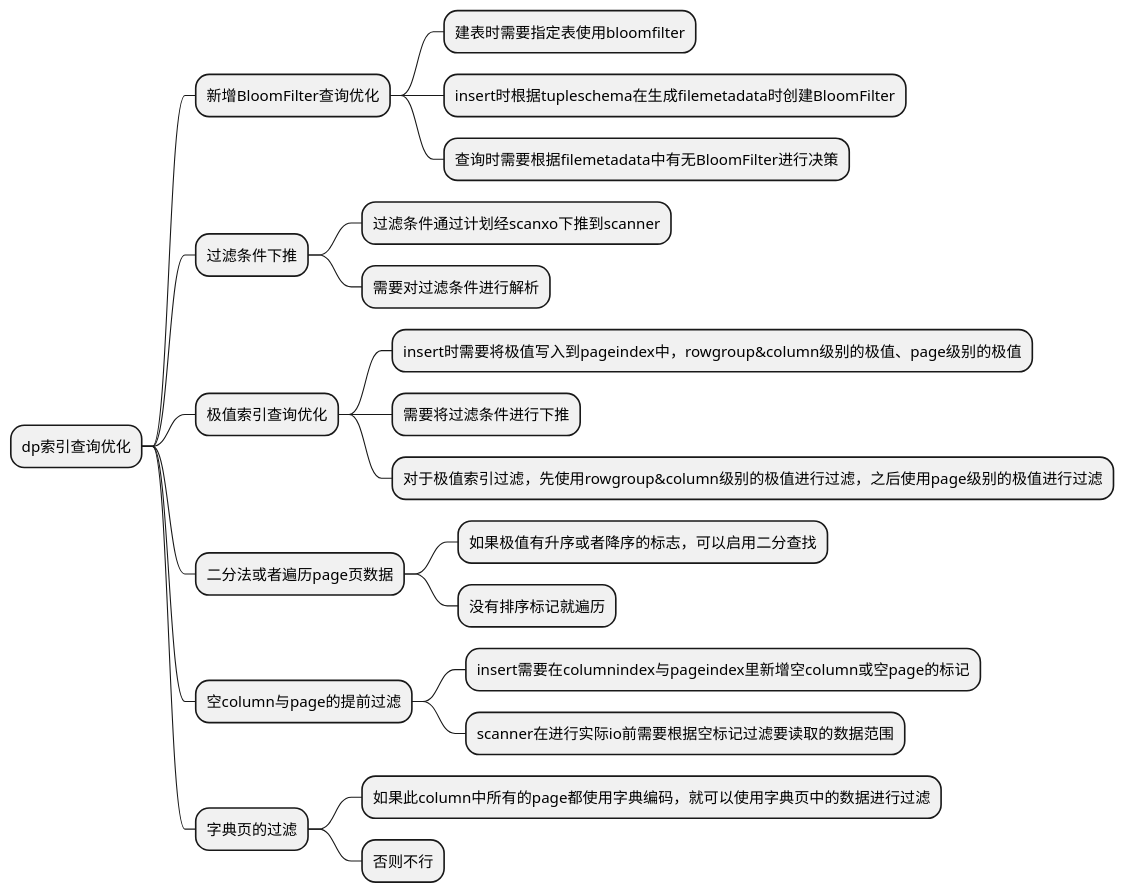
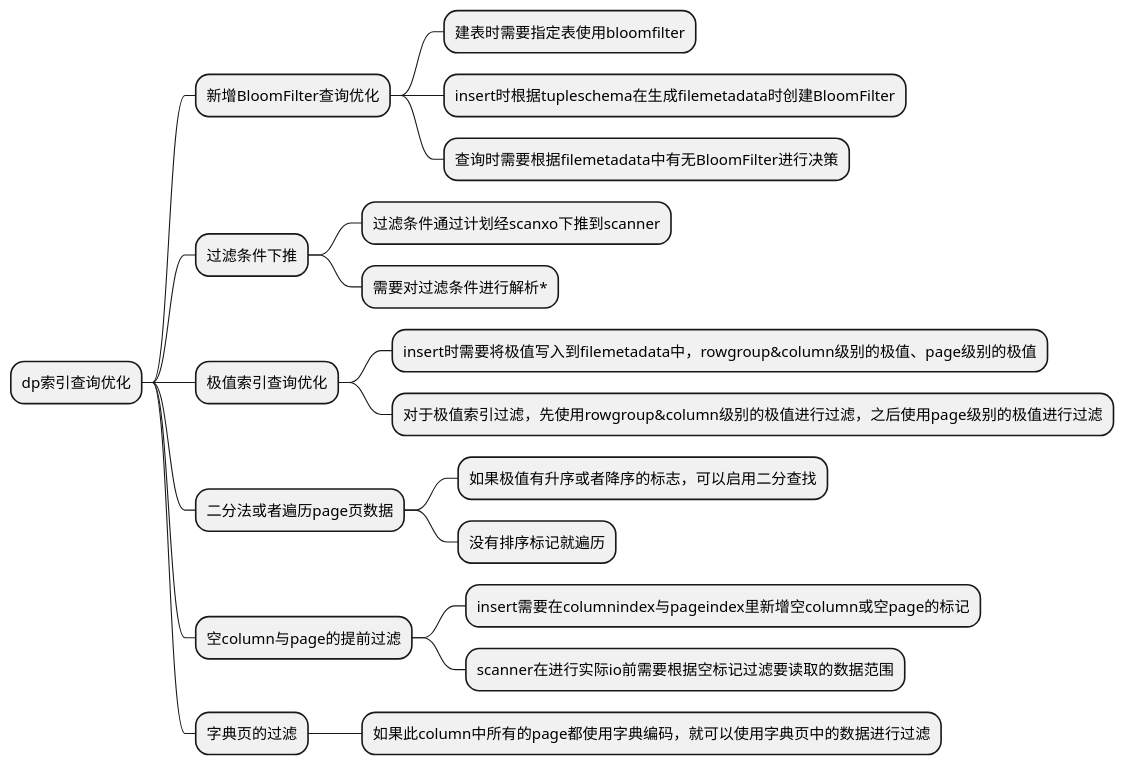
Before and after one commit to HarpsealCC/note: the first of 20 diagrams in 东方国信工作资料/点查询/pageindex过滤相关功能.md, drawn with PlantUML. The commit also changed other lines of this file and 5 other files, not shown here.

````diff
--- a/东方国信工作资料/点查询/pageindex过滤相关功能.md
+++ b/东方国信工作资料/点查询/pageindex过滤相关功能.md
@@ -14,27 +6,26 @@
 ```plantuml
 @startmindmap
 
 * dp索引查询优化
 ** 新增BloomFilter查询优化
 *** 建表时需要指定表使用bloomfilter
 *** insert时根据tupleschema在生成filemetadata时创建BloomFilter
 *** 查询时需要根据filemetadata中有无BloomFilter进行决策
 ** 过滤条件下推
 *** 过滤条件通过计划经scanxo下推到scanner
-*** 需要对过滤条件进行解析
+*** 需要对过滤条件进行解析*
 ** 极值索引查询优化
-*** insert时需要将极值写入到pageindex中，rowgroup&column级别的极值、page级别的极值
-*** 需要将过滤条件进行下推
+*** insert时需要将极值写入到filemetadata中，rowgroup&column级别的极值、page级别的极值
 *** 对于极值索引过滤，先使用rowgroup&column级别的极值进行过滤，之后使用page级别的极值进行过滤
 ** 二分法或者遍历page页数据
 *** 如果极值有升序或者降序的标志，可以启用二分查找
 *** 没有排序标记就遍历
 ** 空column与page的提前过滤
 *** insert需要在columnindex与pageindex里新增空column或空page的标记
 *** scanner在进行实际io前需要根据空标记过滤要读取的数据范围
 ** 字典页的过滤
 *** 如果此column中所有的page都使用字典编码，就可以使用字典页中的数据进行过滤
-*** 否则不行
+
 
 @endmindmap
 ```
````
